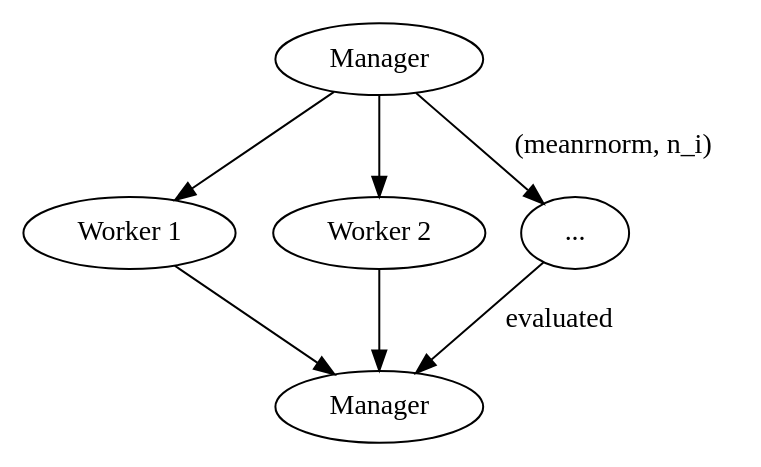
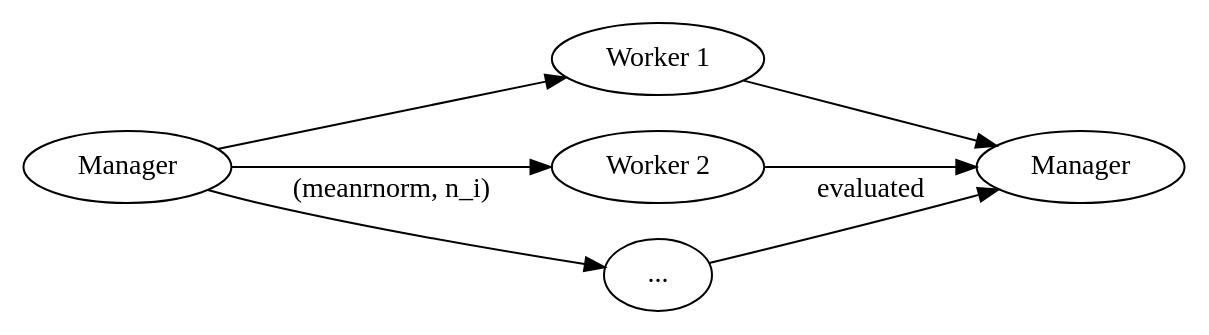
Before and after one commit to clarkfitzg/phd_research: the diagram in proposal/snow.dot, drawn with Graphviz. The commit also changed 4 other files, not shown here.

```diff
--- a/proposal/snow.dot
+++ b/proposal/snow.dot
@@ -1,19 +1,19 @@
 digraph {
-    //rankdir=LR;
+    rankdir=LR;
     //size="8,5"
     //node [shape = square]; 2;
     //node [shape = none];
 
     0 [label="Manager"];
     1 [label="Worker 1"];
     2 [label="Worker 2"];
     3 [label="..."];
     4 [label="Manager"];
 
     0 -> 1;
     0 -> 2;
     0 -> 3 [label="(meanrnorm, n_i)"];
     1 -> 4;
     2 -> 4;
     3 -> 4 [label="evaluated"];
 }
```
